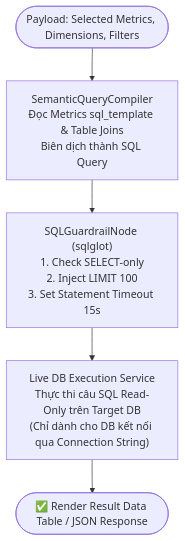
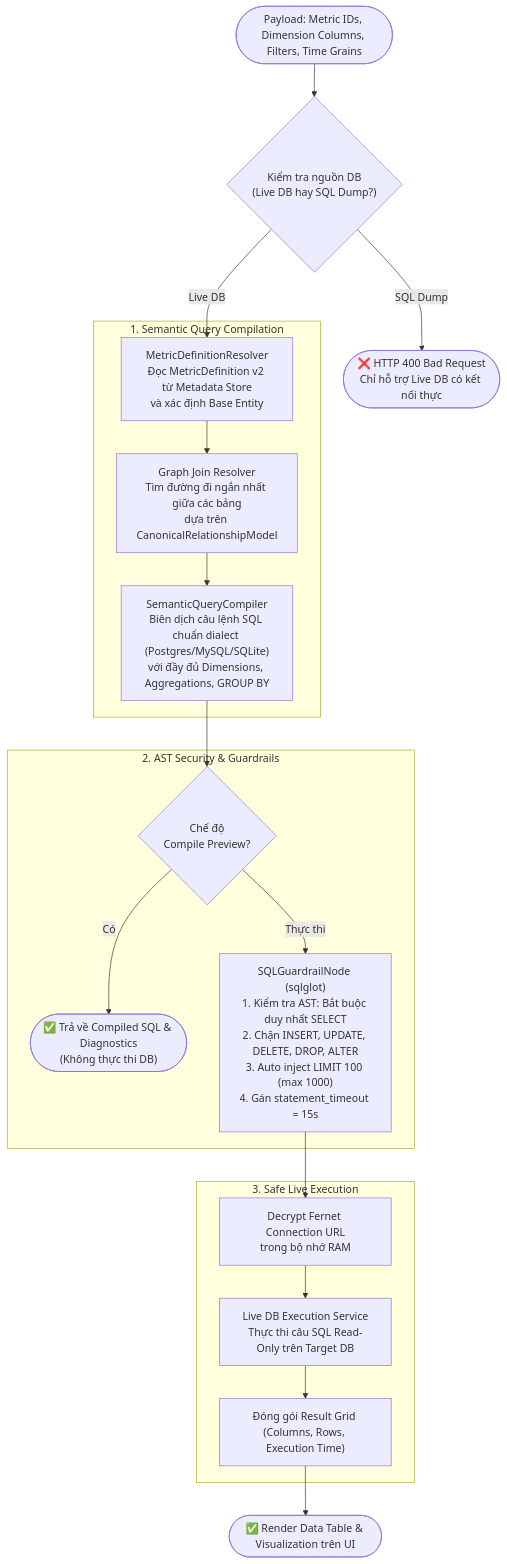
One commit to QuanAnh280605/P-069 changed the third of 6 diagrams in ARCHITECTURE.md. Above: the diagram before and after it, drawn with Mermaid. The commit also changed other lines of this file and 41 other files, not shown here.

Commit message:
feat: implement LLM orchestration service with resilient parsing, retry logic, and semaphored request handling

````diff
--- a/ARCHITECTURE.md
+++ b/ARCHITECTURE.md
@@ -85,12 +132,28 @@
 ```mermaid
 flowchart TD
-    QSTART(["Payload: Selected Metrics, Dimensions, Filters"]) --> QCOMP
+    REQ(["Payload: Metric IDs, Dimension Columns, Filters, Time Grains"]) --> CHECK_SRC
 
-    QCOMP["SemanticQueryCompiler\nĐọc Metrics sql_template & Table Joins\nBiên dịch thành SQL Query"] --> QGUARD
+    CHECK_SRC{"Kiểm tra nguồn DB\n(Live DB hay SQL Dump?)"}
+    CHECK_SRC -->|"SQL Dump"| ERR(["❌ HTTP 400 Bad Request\nChỉ hỗ trợ Live DB có kết nối thực"])
+    CHECK_SRC -->|"Live DB"| RESOLVE
 
-    QGUARD["SQLGuardrailNode (sqlglot)\n1. Check SELECT-only\n2. Inject LIMIT 100\n3. Set Statement Timeout 15s"] --> QEXEC
+    subgraph Compilation["1. Semantic Query Compilation"]
+        RESOLVE["MetricDefinitionResolver\nĐọc MetricDefinition v2 từ Metadata Store\nvà xác định Base Entity"] --> JOIN_GRAPH
+        JOIN_GRAPH["Graph Join Resolver\nTìm đường đi ngắn nhất giữa các bảng\ndựa trên CanonicalRelationshipModel"] --> COMPILE
+        COMPILE["SemanticQueryCompiler\nBiên dịch câu lệnh SQL chuẩn dialect (Postgres/MySQL/SQLite)\nvới đầy đủ Dimensions, Aggregations, GROUP BY"]
+    end
 
-    QEXEC["Live DB Execution Service\nThực thi câu SQL Read-Only trên Target DB\n(Chỉ dành cho DB kết nối qua Connection String)"] --> QRES
+    subgraph Guardrails["2. AST Security & Guardrails"]
+        COMPILE --> PREVIEW_CHECK{"Chế độ\nCompile Preview?"}
+        PREVIEW_CHECK -->|"Có"| RET_PREVIEW(["✅ Trả về Compiled SQL & Diagnostics\n(Không thực thi DB)"])
+        PREVIEW_CHECK -->|"Thực thi"| GUARD["SQLGuardrailNode (sqlglot)\n1. Kiểm tra AST: Bắt buộc duy nhất SELECT\n2. Chặn INSERT, UPDATE, DELETE, DROP, ALTER\n3. Auto inject LIMIT 100 (max 1000)\n4. Gán statement_timeout = 15s"]
+    end
 
-    QRES(["✅ Render Result Data Table / JSON Response"])
+    subgraph Execution["3. Safe Live Execution"]
+        GUARD --> DECRYPT["Decrypt Fernet Connection URL\ntrong bộ nhớ RAM"]
+        DECRYPT --> EXEC["Live DB Execution Service\nThực thi câu SQL Read-Only trên Target DB"]
+        EXEC --> FORMAT["Đóng gói Result Grid (Columns, Rows, Execution Time)"]
+    end
+
+    FORMAT --> RES(["✅ Render Data Table & Visualization trên UI"])
 ```
````
